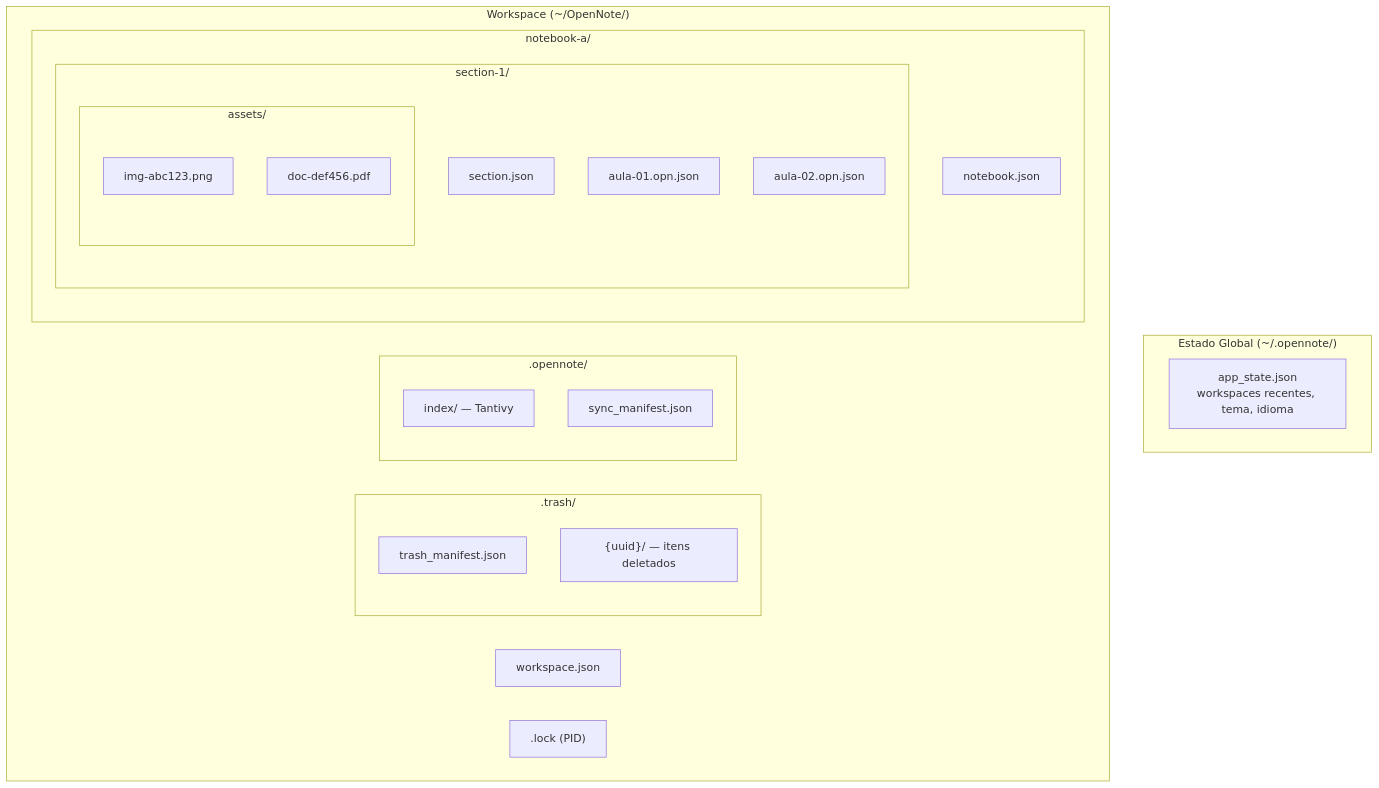
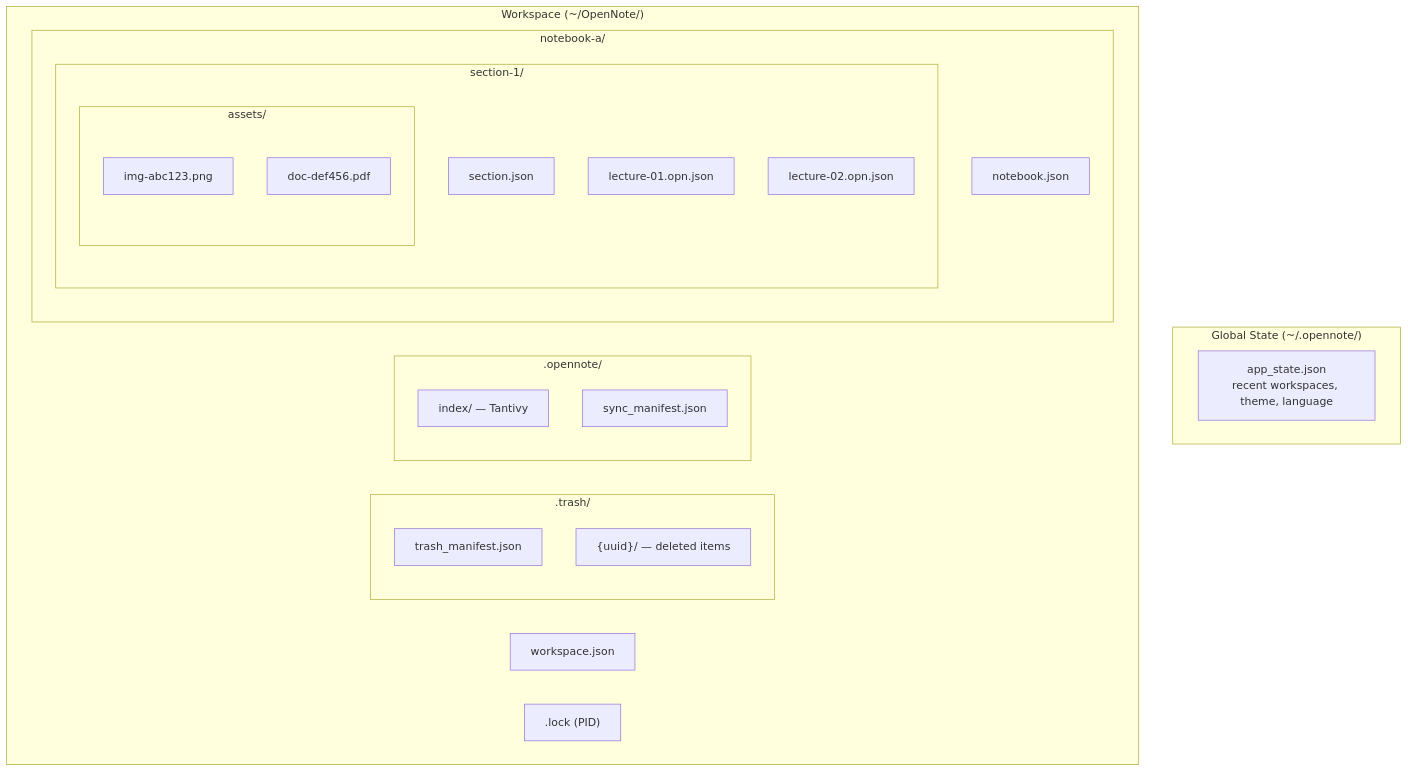
Before and after one commit to l3co/open-note: diagram 15 of 15 in docs/ARCHITECTURE.md, drawn with Mermaid. The commit also changed other lines of this file and 10 other files, not shown here.

First line of the commit message:
docs: translate ARCHITECTURE, USER_GUIDE, and all 9 ADRs to English

````diff
--- a/docs/ARCHITECTURE.md
+++ b/docs/ARCHITECTURE.md
@@ -675,36 +675,36 @@
 ```mermaid
 graph TB
-    subgraph "Estado Global (~/.opennote/)"
-        app_state["app_state.json<br/>workspaces recentes, tema, idioma"]
+    subgraph "Global State (~/.opennote/)"
+        app_state["app_state.json<br/>recent workspaces, theme, language"]
     end
 
     subgraph "Workspace (~/OpenNote/)"
         ws_json["workspace.json"]
         lock[".lock (PID)"]
 
         subgraph ".trash/"
             manifest["trash_manifest.json"]
-            trash_item["{uuid}/ — itens deletados"]
+            trash_item["{uuid}/ — deleted items"]
         end
 
         subgraph ".opennote/"
             index["index/ — Tantivy"]
             sync_manifest["sync_manifest.json"]
         end
 
         subgraph "notebook-a/"
             nb_json["notebook.json"]
 
             subgraph "section-1/"
                 sec_json["section.json"]
-                page1["aula-01.opn.json"]
-                page2["aula-02.opn.json"]
+                page1["lecture-01.opn.json"]
+                page2["lecture-02.opn.json"]
 
                 subgraph "assets/"
                     img["img-abc123.png"]
                     pdf["doc-def456.pdf"]
                 end
             end
         end
     end
 ```
````
